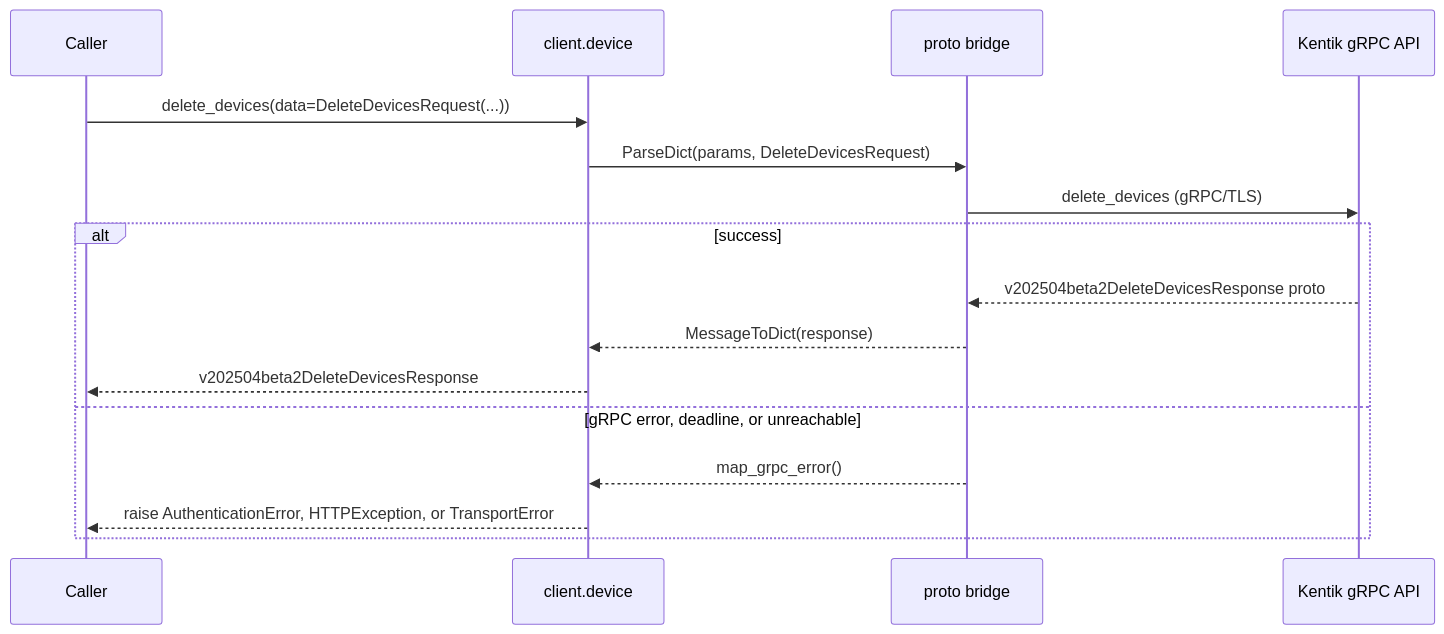
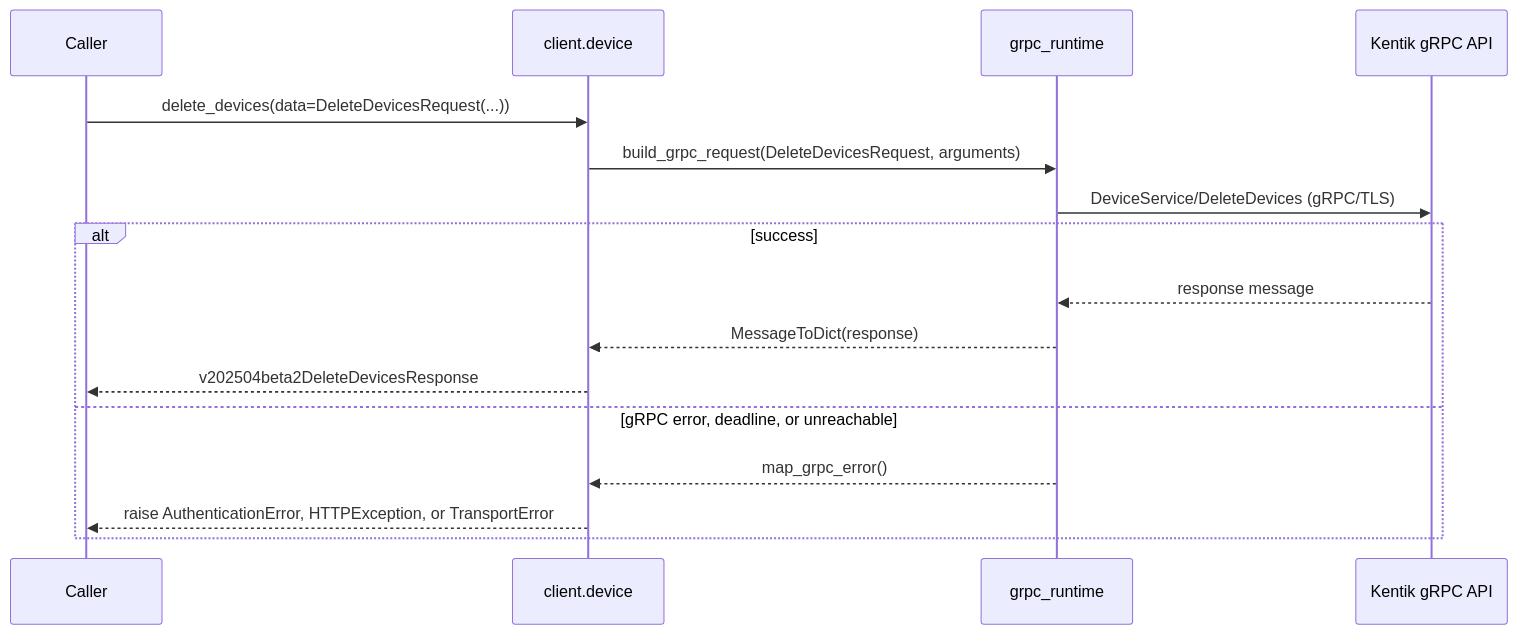
The ninth of 22 diagrams in docs/sphinx/services/device.md (alexdearaujo/community_sdk_python), drawn with Mermaid before and after one commit. The commit also changed other lines of this file and 37 other files, not shown here.

First line of the commit message:
docs: show the real RPC in each service page's gRPC diagram

````diff
--- a/docs/sphinx/services/device.md
+++ b/docs/sphinx/services/device.md
@@ -286,19 +286,19 @@
 ```mermaid
 sequenceDiagram
     participant C as Caller
     participant W as client.device
-    participant B as proto bridge
+    participant R as grpc_runtime
     participant API as Kentik gRPC API
 
     C->>W: delete_devices(data=DeleteDevicesRequest(...))
-    W->>B: ParseDict(params, DeleteDevicesRequest)
-    B->>API: delete_devices (gRPC/TLS)
+    W->>R: build_grpc_request(DeleteDevicesRequest, arguments)
+    R->>API: DeviceService/DeleteDevices (gRPC/TLS)
     alt success
-        API-->>B: v202504beta2DeleteDevicesResponse proto
-        B-->>W: MessageToDict(response)
+        API-->>R: response message
+        R-->>W: MessageToDict(response)
         W-->>C: v202504beta2DeleteDevicesResponse
     else gRPC error, deadline, or unreachable
-        B-->>W: map_grpc_error()
+        R-->>W: map_grpc_error()
         W-->>C: raise AuthenticationError, HTTPException, or TransportError
     end
 ```
````
